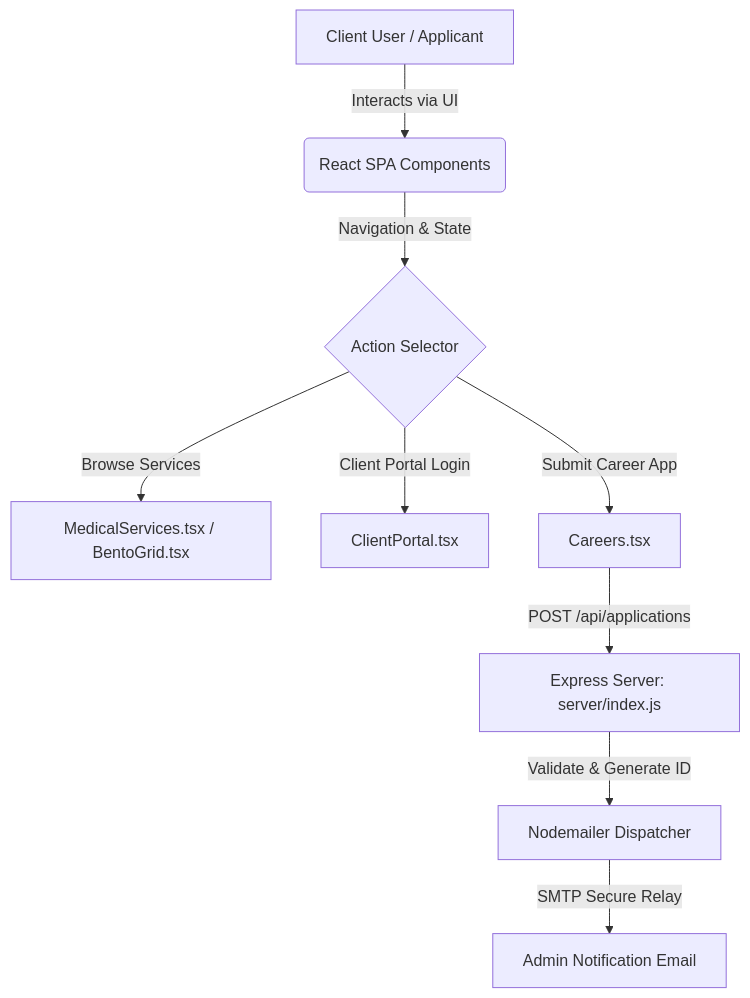
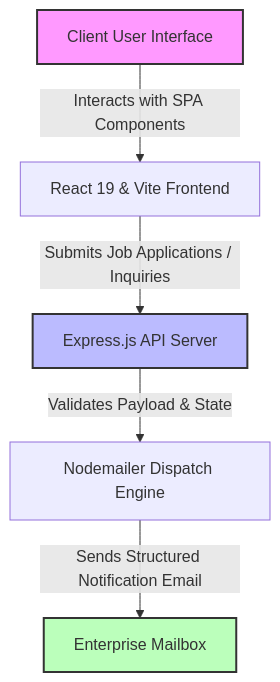
Before and after one commit to Bavly-Hamdy/SinaiConnect: the diagram in README.md, drawn with Mermaid. The commit also changed other lines of this file, not shown here.

Commit message:
docs: update README.md via ReadmeForge (README.md)

````diff
--- a/README.md
+++ b/README.md
@@ -62,11 +59,10 @@
 ```mermaid
 graph TD
-    A[Client User / Applicant] -->|Interacts via UI| B(React SPA Components)
-    B -->|Navigation & State| C{Action Selector}
-    C -->|Browse Services| D[MedicalServices.tsx / BentoGrid.tsx]
-    C -->|Client Portal Login| E[ClientPortal.tsx]
-    C -->|Submit Career App| F[Careers.tsx]
-    F -->|POST /api/applications| G[Express Server: server/index.js]
-    G -->|Validate & Generate ID| H[Nodemailer Dispatcher]
-    H -->|SMTP Secure Relay| I[Admin Notification Email]
+    A[Client User Interface] -->|Interacts with SPA Components| B[React 19 & Vite Frontend]
+    B -->|Submits Job Applications / Inquiries| C[Express.js API Server]
+    C -->|Validates Payload & State| D[Nodemailer Dispatch Engine]
+    D -->|Sends Structured Notification Email| E[Enterprise Mailbox]
+    style A fill:#f9f,stroke:#333,stroke-width:2px
+    style C fill:#bbf,stroke:#333,stroke-width:2px
+    style E fill:#bfb,stroke:#333,stroke-width:2px
 ```
````
